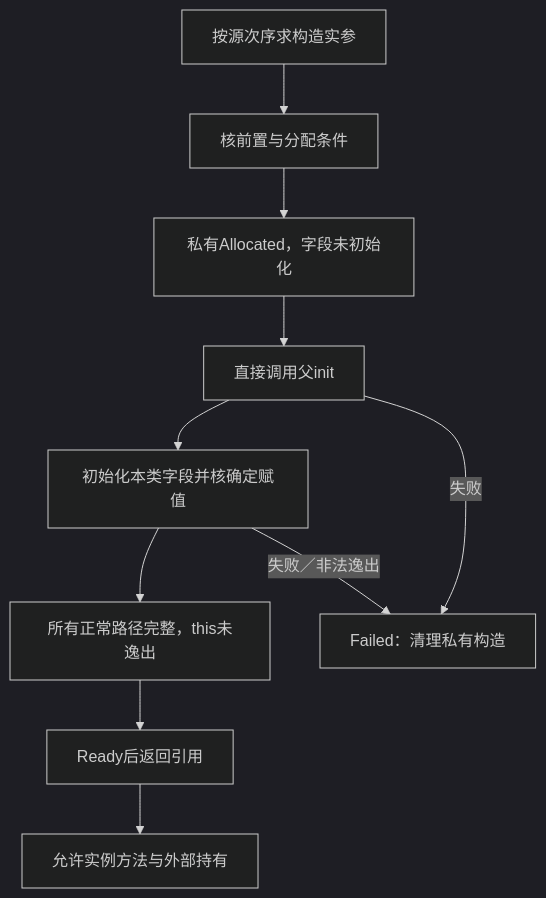
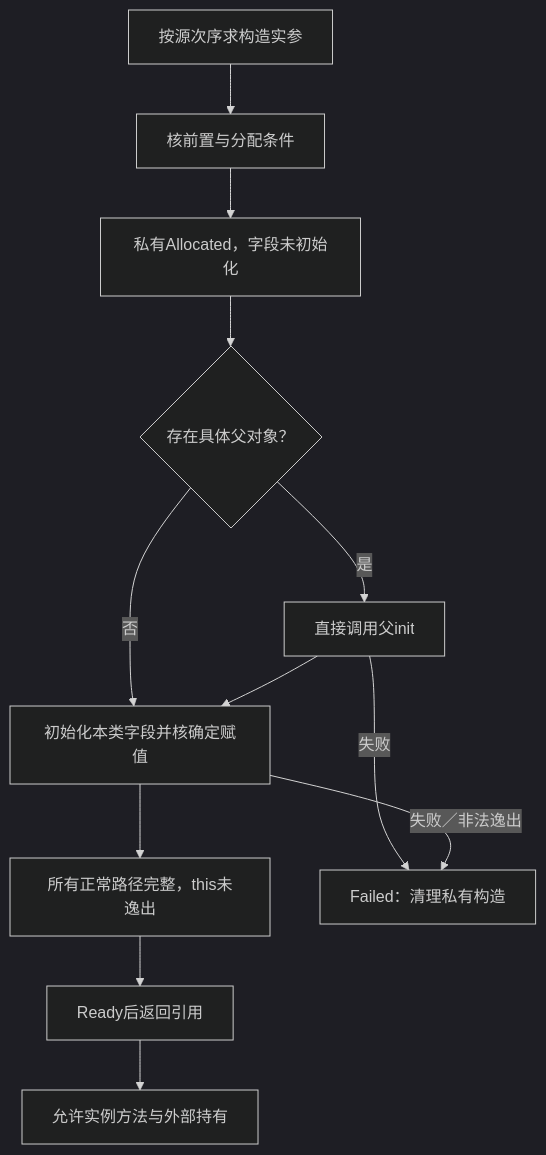
One commit to sec-platform/sec changed the third of 7 diagrams in docs/领域/对象与控制/对象构造与分派.md. Above: the diagram before and after it, drawn with Mermaid (dark theme). The commit also changed other lines of this file and 122 other files, not shown here.

First line of the commit message:
docs: unify system diagrams and remove redundant design text (#882)

````diff
--- a/docs/领域/对象与控制/对象构造与分派.md
+++ b/docs/领域/对象与控制/对象构造与分派.md
@@ -194,12 +194,14 @@
 ```mermaid
 flowchart TB
  Args["按源次序求构造实参"] --> Pre["核前置与分配条件"]
  Pre --> Alloc["私有Allocated，字段未初始化"]
- Alloc --> Base["直接调用父init"]
+ Alloc --> parent{"存在具体父对象？"}
+ parent -->|是| Base["直接调用父init"]
+ parent -->|否| Own
  Base --> Own["初始化本类字段并核确定赋值"]
  Own --> Check["所有正常路径完整，this未逸出"]
  Check --> Ready["Ready后返回引用"]
  Base -->|失败| Fail["Failed：清理私有构造"]
  Own -->|失败／非法逸出| Fail
  Ready --> Calls["允许实例方法与外部持有"]
 ```
````
